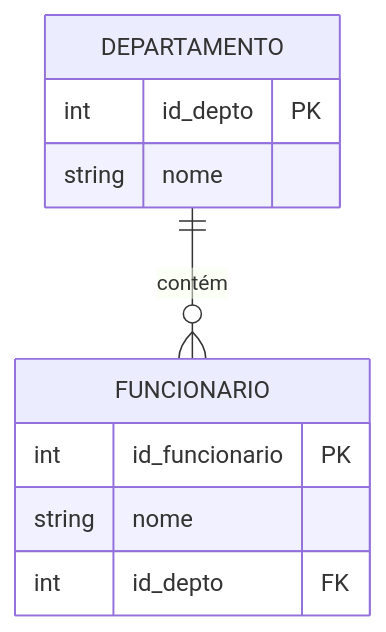
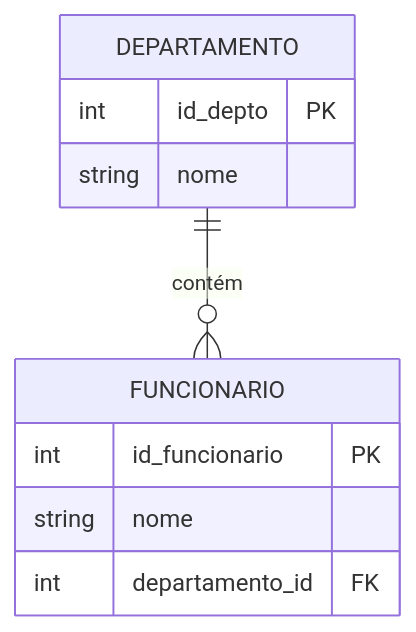
Before and after one commit to GTI-Fatec-Jahu/Banco_Dados_Aplicacoes-GTI: the second of 4 diagrams in aulas/Aula_04_Modelo_Logico_Relacional.md, drawn with Mermaid. The commit also changed other lines of this file and 4 other files, not shown here.

````diff
--- a/aulas/Aula_04_Modelo_Logico_Relacional.md
+++ b/aulas/Aula_04_Modelo_Logico_Relacional.md
@@ -84,13 +82,13 @@
 ```mermaid
 erDiagram
     DEPARTAMENTO ||--o{ FUNCIONARIO : "contém"
     DEPARTAMENTO {
         int id_depto PK
         string nome
     }
     FUNCIONARIO {
         int id_funcionario PK
         string nome
-        int id_depto FK
+        int departamento_id FK
     }
 ```
````
